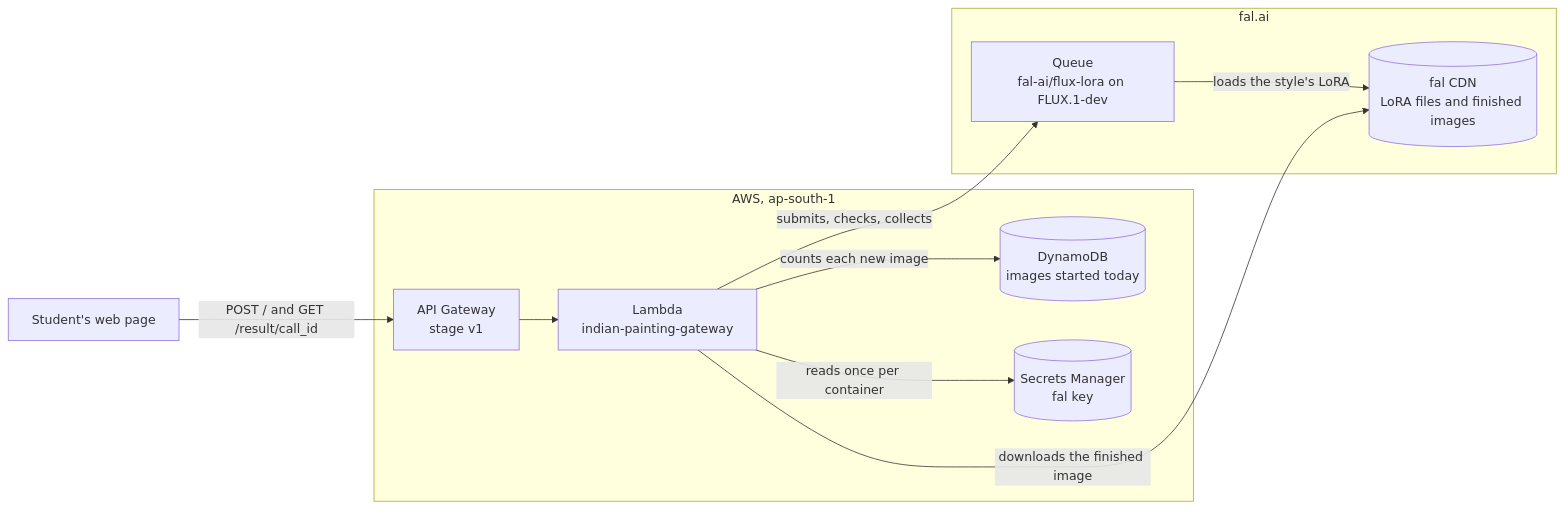
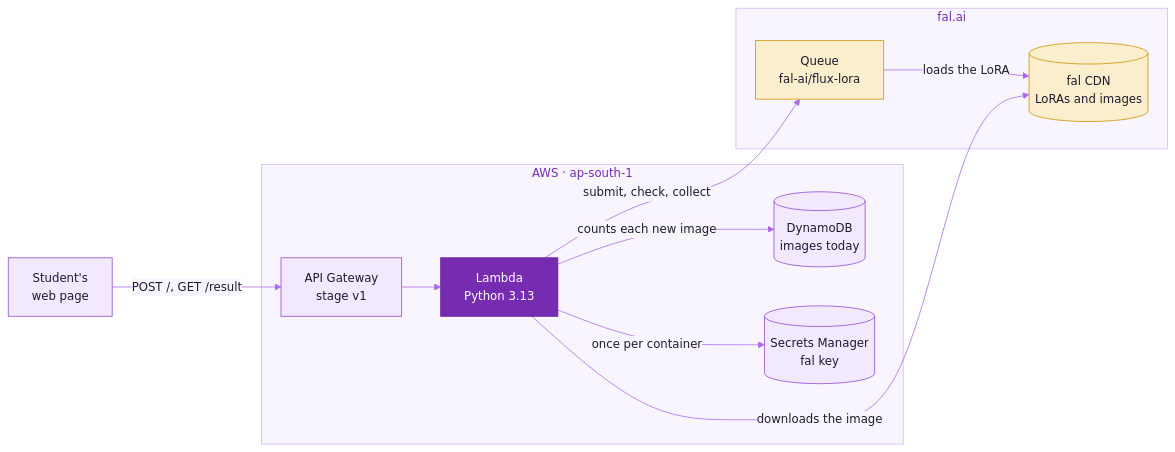
Before and after one commit to cxacraftecosystem-ui/image-generation-gateway: the diagram in README.md, drawn with Mermaid. The commit also changed other lines of this file and 82 other files, not shown here.

Commit message:
The README now follows the house kit, showing the paintings, the two calls and the system at a glance, with the full API, setup, operations and design notes as pages under docs/

````diff
--- a/README.md
+++ b/README.md
@@ -29,21 +76,26 @@
 ```mermaid
+%%{init: {"theme":"base","fontFamily":"Inter, ui-sans-serif, system-ui, -apple-system, Segoe UI, Roboto, Helvetica, Arial, sans-serif","themeVariables":{"fontSize":"15px","primaryColor":"#F2E9FE","primaryTextColor":"#1E1B2E","primaryBorderColor":"#9148D2","secondaryColor":"#FAEECD","secondaryTextColor":"#1E1B2E","secondaryBorderColor":"#CD9200","tertiaryColor":"#F3F1FA","tertiaryTextColor":"#1E1B2E","tertiaryBorderColor":"#A7A3BC","mainBkg":"#F2E9FE","nodeBorder":"#9148D2","nodeTextColor":"#1E1B2E","lineColor":"#AA69E9","textColor":"#857F9E","edgeLabelBackground":"#F9F5FF","clusterBkg":"#F9F5FF","clusterBorder":"#D6B6FB","titleColor":"#762CB1","noteBkgColor":"#FAEECD","noteTextColor":"#1E1B2E","noteBorderColor":"#CD9200","actorBkg":"#F2E9FE","actorBorder":"#9148D2","actorTextColor":"#1E1B2E","actorLineColor":"#AA69E9","signalColor":"#AA69E9","signalTextColor":"#857F9E","labelBoxBkgColor":"#F2E9FE","labelBoxBorderColor":"#9148D2","labelTextColor":"#1E1B2E","loopTextColor":"#857F9E","activationBkgColor":"#E7D5FE","activationBorderColor":"#9148D2","sequenceNumberColor":"#FFFFFF","transitionColor":"#AA69E9","transitionLabelColor":"#857F9E","stateLabelColor":"#1E1B2E","stateBkg":"#F2E9FE","compositeBackground":"#F9F5FF","compositeTitleBackground":"#F2E9FE","attributeBackgroundColorOdd":"#FFFFFF","attributeBackgroundColorEven":"#F9F5FF","relationColor":"#AA69E9","relationLabelBackground":"#F9F5FF","relationLabelColor":"#1E1B2E"}}}%%
 flowchart LR
-    page["Student's web page"]
-    subgraph aws["AWS, ap-south-1"]
-        api["API Gateway<br/>stage v1"]
-        fn["Lambda<br/>indian-painting-gateway"]
-        counter[("DynamoDB<br/>images started today")]
-        secret[("Secrets Manager<br/>fal key")]
-    end
-    subgraph falai["fal.ai"]
-        queue["Queue<br/>fal-ai/flux-lora on FLUX.1-dev"]
-        cdn[("fal CDN<br/>LoRA files and finished images")]
-    end
-    page -->|"POST / and GET /result/call_id"| api
-    api --> fn
-    fn -->|"counts each new image"| counter
-    fn -->|"reads once per container"| secret
-    fn -->|"submits, checks, collects"| queue
-    queue -->|"loads the style's LoRA"| cdn
-    fn -->|"downloads the finished image"| cdn
+  page["Student's<br/>web page"]
+  subgraph aws["AWS · ap-south-1"]
+    api["API Gateway<br/>stage v1"]
+    fn["Lambda<br/>Python 3.13"]
+    counter[("DynamoDB<br/>images today")]
+    secret[("Secrets Manager<br/>fal key")]
+  end
+  subgraph falai["fal.ai"]
+    queue["Queue<br/>fal-ai/flux-lora"]
+    cdn[("fal CDN<br/>LoRAs and images")]
+  end
+  page -->|"POST /, GET /result"| api
+  api --> fn
+  fn -->|counts each new image| counter
+  fn -->|once per container| secret
+  fn -->|submit, check, collect| queue
+  queue -->|loads the LoRA| cdn
+  fn -->|downloads the image| cdn
+  classDef accent fill:#762CB1,stroke:#5F1C93,color:#FFFFFF
+  classDef gold fill:#FAEECD,stroke:#CD9200,color:#1E1B2E
+  class fn accent
+  class queue,cdn gold
 ```
````
